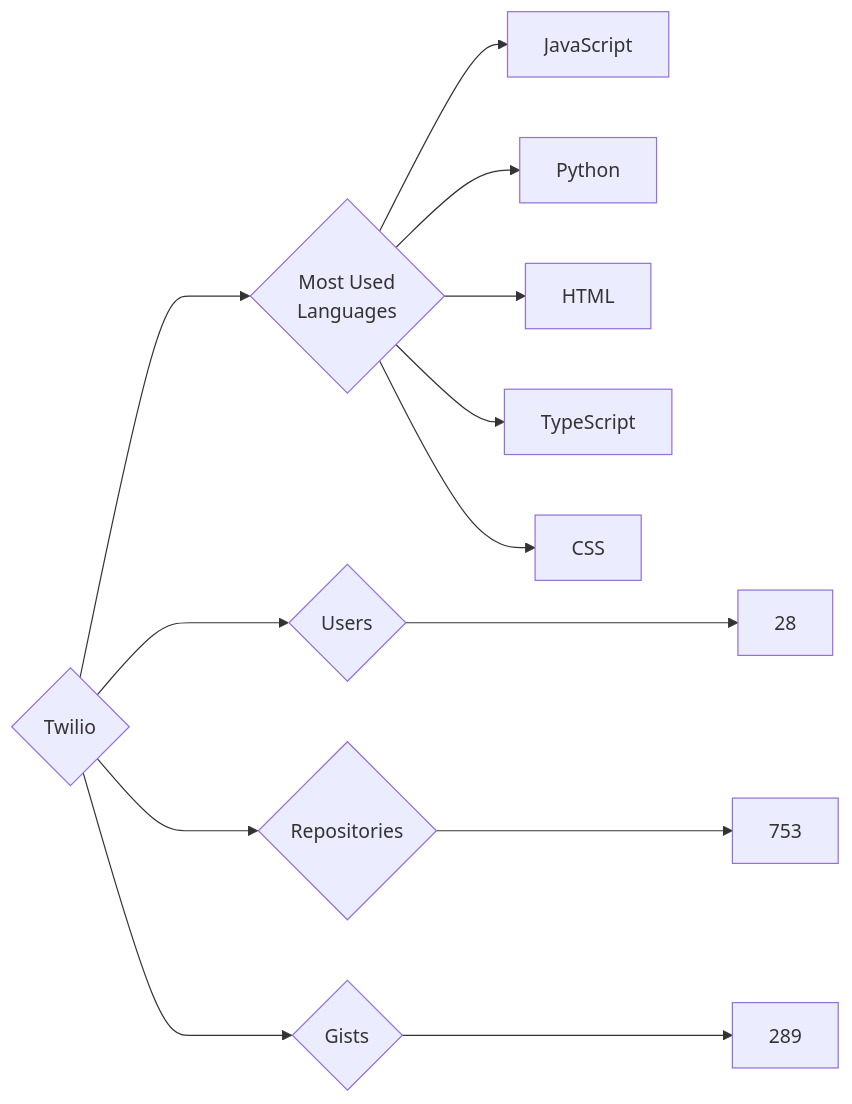
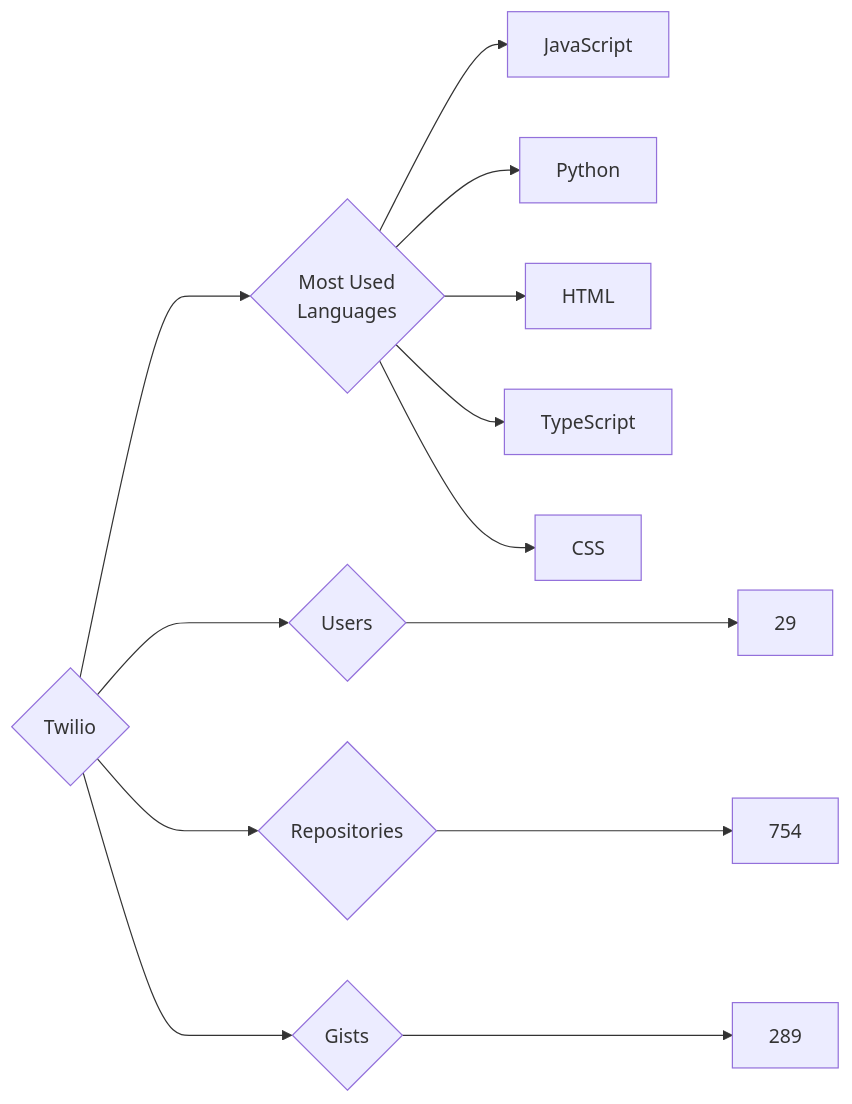
The diagram in targets/Twilio/README.md (trickest/insiders), drawn with Mermaid before and after one commit. The commit also changed 1389 other files, not shown here.

````diff
--- a/targets/Twilio/README.md
+++ b/targets/Twilio/README.md
@@ -3,13 +3,13 @@
 ```mermaid
 graph LR
 COMPANY_NAME{Twilio}
-COMPANY_NAME ---> U{Users} ---> UN[28]
-COMPANY_NAME ---> R{Repositories} ---> RN[753]
+COMPANY_NAME ---> U{Users} ---> UN[29]
+COMPANY_NAME ---> R{Repositories} ---> RN[754]
 COMPANY_NAME ---> G{Gists} ---> GN[289]
 COMPANY_NAME ---> ML{Most Used<br>Languages}
 ML --> JavaScript[JavaScript]
 ML --> Python[Python]
 ML --> HTML[HTML]
 ML --> TypeScript[TypeScript]
 ML --> CSS[CSS]
 ```
````
